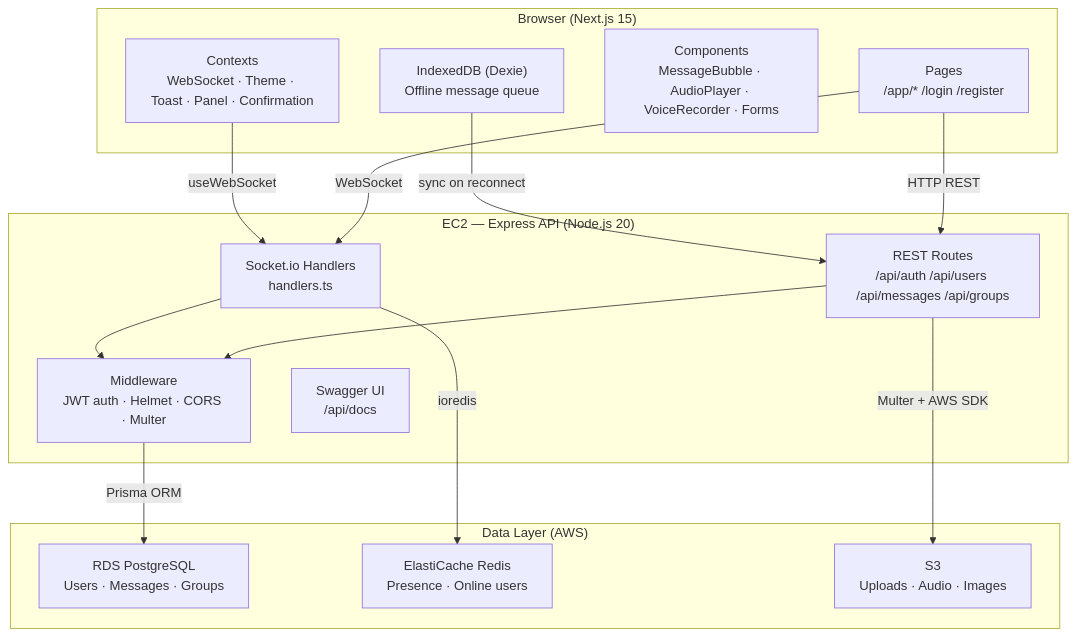
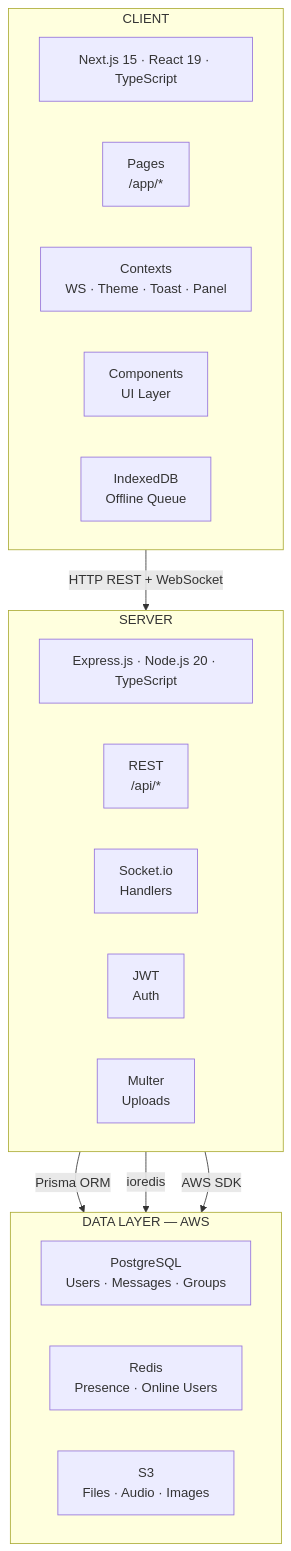
The first of 7 diagrams in Documentation/Architecture/index.md (neofuture/chatr), drawn with Mermaid before and after one commit. The commit also changed other lines of this file and 6 other files, not shown here.

````diff
--- a/Documentation/Architecture/index.md
+++ b/Documentation/Architecture/index.md
@@ -9,32 +9,32 @@
 ```mermaid
 graph TB
-    subgraph Client["Browser (Next.js 15)"]
-        Pages["Pages<br/>/app/* /login /register"]
-        Contexts["Contexts<br/>WebSocket · Theme · Toast · Panel · Confirmation"]
-        Components["Components<br/>MessageBubble · AudioPlayer · VoiceRecorder · Forms"]
-        IDB["IndexedDB (Dexie)<br/>Offline message queue"]
+    subgraph CLIENT
+        direction LR
+        CT["Next.js 15 · React 19 · TypeScript"]
+        Pages["Pages<br/>/app/*"]
+        Contexts["Contexts<br/>WS · Theme · Toast · Panel"]
+        Components["Components<br/>UI Layer"]
+        IDB["IndexedDB<br/>Offline Queue"]
     end
 
-    subgraph Server["EC2 — Express API (Node.js 20)"]
-        REST["REST Routes<br/>/api/auth /api/users /api/messages /api/groups"]
-        WS["Socket.io Handlers<br/>handlers.ts"]
-        MW["Middleware<br/>JWT auth · Helmet · CORS · Multer"]
-        Swagger["Swagger UI<br/>/api/docs"]
+    subgraph SERVER
+        direction LR
+        ST["Express.js · Node.js 20 · TypeScript"]
+        REST["REST<br/>/api/*"]
+        WS["Socket.io<br/>Handlers"]
+        JWT["JWT<br/>Auth"]
+        Multer["Multer<br/>Uploads"]
     end
 
-    subgraph Data["Data Layer (AWS)"]
-        PG["RDS PostgreSQL<br/>Users · Messages · Groups"]
-        Redis["ElastiCache Redis<br/>Presence · Online users"]
-        S3["S3<br/>Uploads · Audio · Images"]
+    subgraph DATA["DATA LAYER — AWS"]
+        direction LR
+        PG["PostgreSQL<br/>Users · Messages · Groups"]
+        Redis["Redis<br/>Presence · Online Users"]
+        S3["S3<br/>Files · Audio · Images"]
     end
 
-    Pages -->|HTTP REST| REST
-    Pages -->|WebSocket| WS
-    Contexts -->|useWebSocket| WS
-    IDB -->|sync on reconnect| REST
-    REST --> MW
-    WS --> MW
-    MW -->|Prisma ORM| PG
-    WS -->|ioredis| Redis
-    REST -->|Multer + AWS SDK| S3
+    CLIENT -->|"HTTP REST + WebSocket"| SERVER
+    SERVER -->|"Prisma ORM"| PG
+    SERVER -->|"ioredis"| Redis
+    SERVER -->|"AWS SDK"| S3
 ```
````
